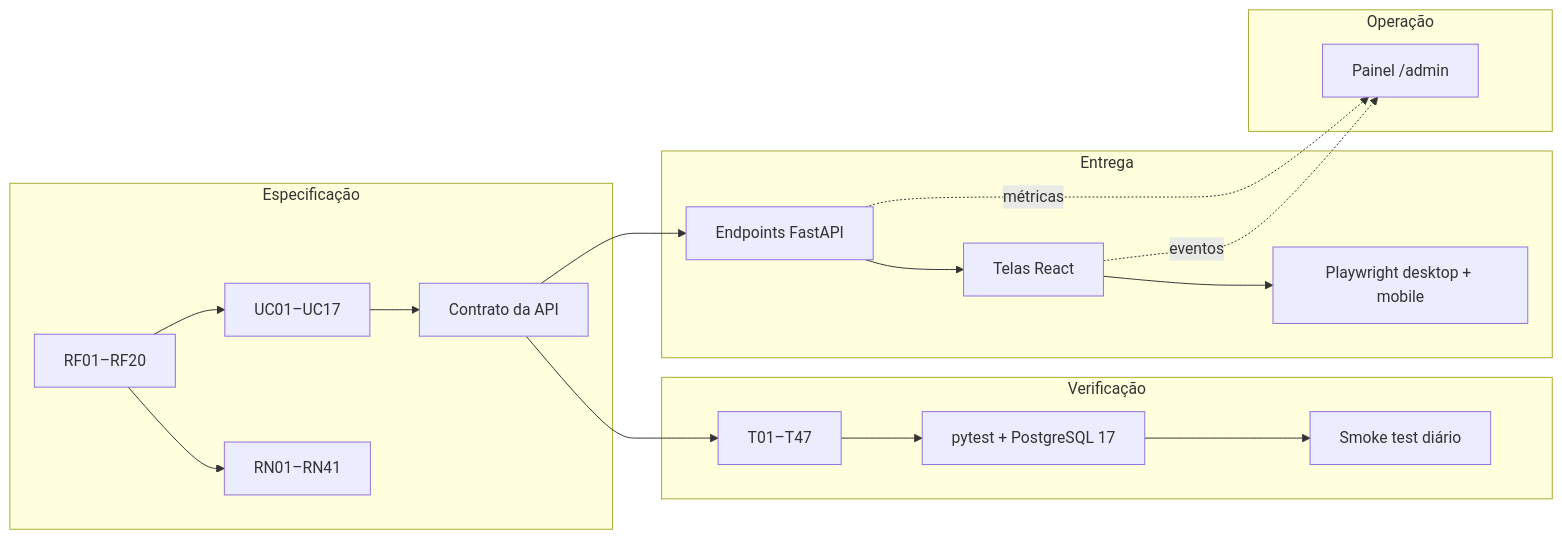
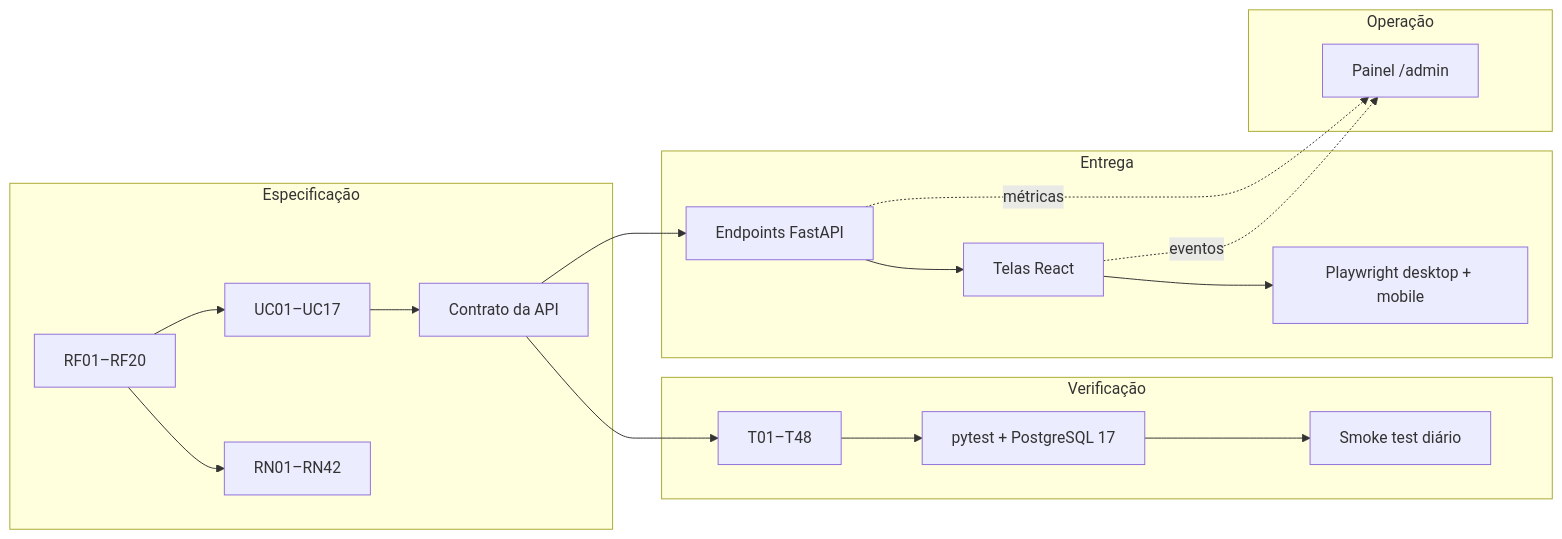
The diagram in docs/rastreabilidade.md (vsys-val/fastapi-merchant-app), drawn with Mermaid before and after one commit. The commit also changed other lines of this file and 12 other files, not shown here.

````diff
--- a/docs/rastreabilidade.md
+++ b/docs/rastreabilidade.md
@@ -94,22 +95,22 @@
 ```mermaid
 flowchart LR
   subgraph Especificação
-    RF[RF01–RF20] --> RN[RN01–RN41]
+    RF[RF01–RF20] --> RN[RN01–RN42]
     RF --> UC[UC01–UC17]
     UC --> CT[Contrato da API]
   end
   subgraph Verificação
-    CT --> T[T01–T47]
+    CT --> T[T01–T48]
     T --> PY[pytest + PostgreSQL 17]
     PY --> SM[Smoke test diário]
   end
   subgraph Entrega
     CT --> EP[Endpoints FastAPI]
     EP --> UI[Telas React]
     UI --> E2E[Playwright desktop + mobile]
   end
   subgraph Operação
     UI -. eventos .-> ADM[Painel /admin]
     EP -. métricas .-> ADM
   end
 ```
````
